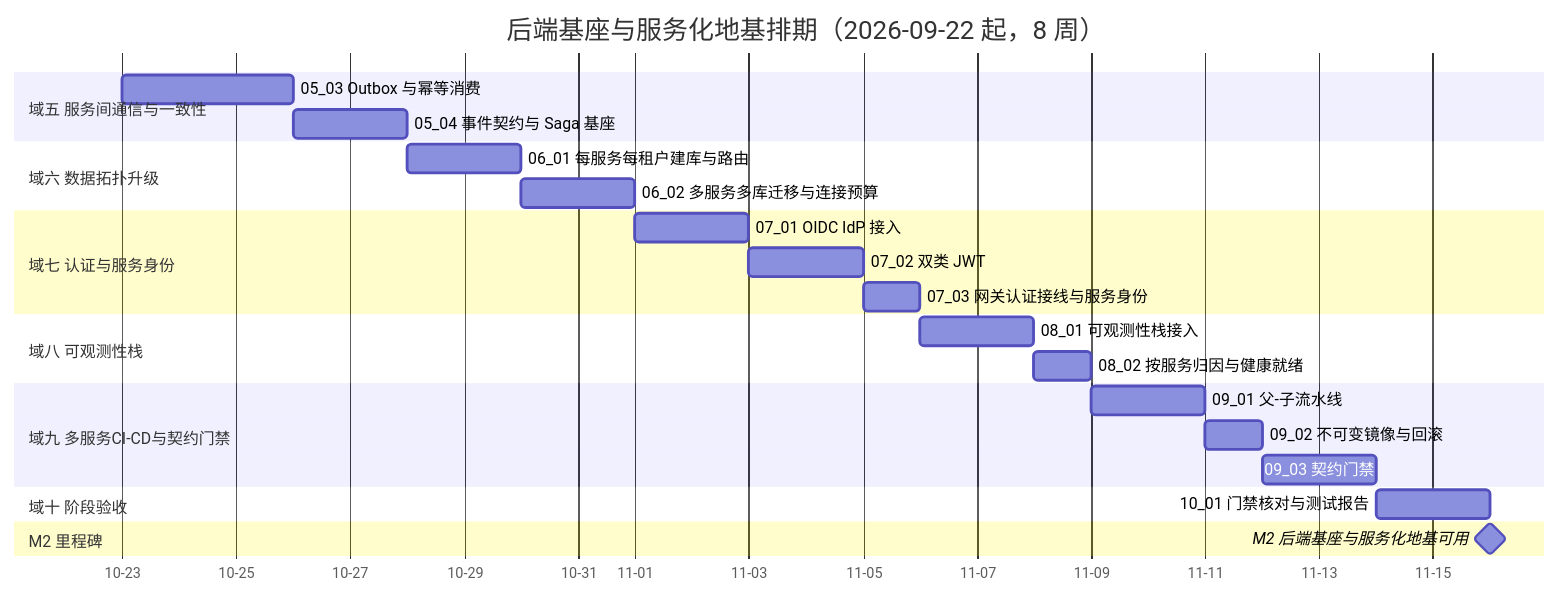
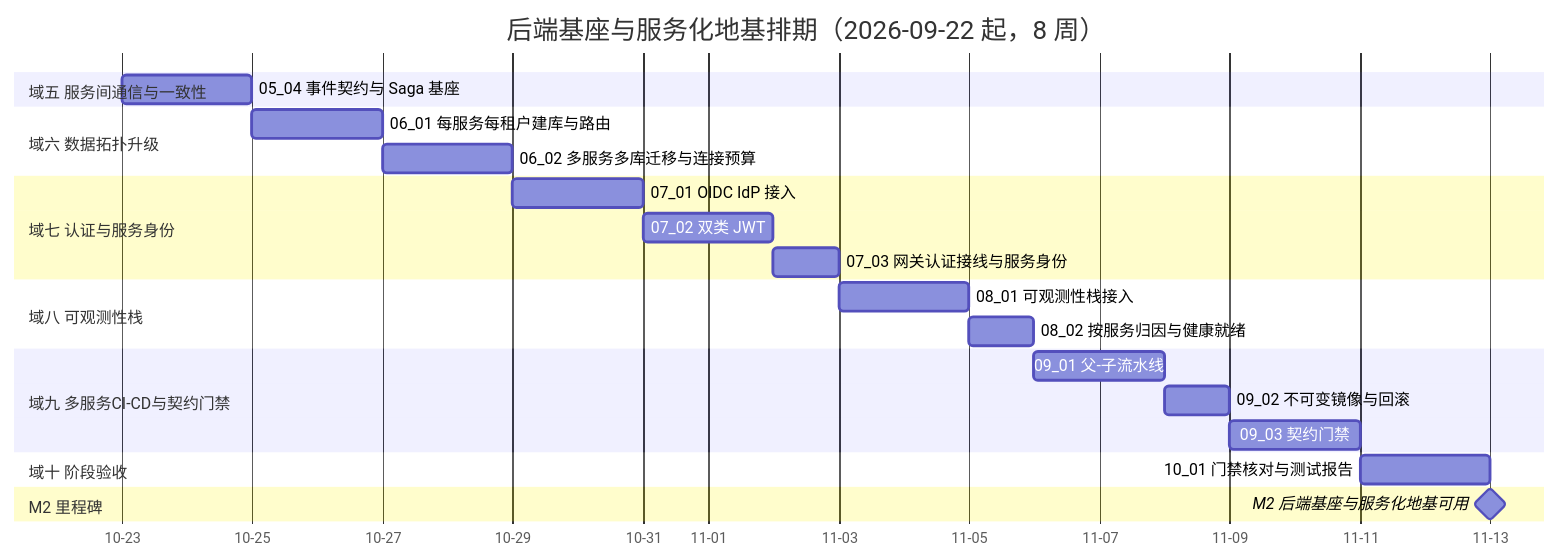
One commit to minjian123/basic-management-system changed the diagram in bms文档/项目/02_后端基座与服务化地基/计划/01_计划_后端基座与服务化地基.md. Above: the diagram before and after it, drawn with Mermaid. The commit also changed other lines of this file and 12 other files, not shown here.

````diff
--- a/bms文档/项目/02_后端基座与服务化地基/计划/01_计划_后端基座与服务化地基.md
+++ b/bms文档/项目/02_后端基座与服务化地基/计划/01_计划_后端基座与服务化地基.md
@@ -57,27 +57,26 @@
 ```mermaid
 gantt
     title 后端基座与服务化地基排期（2026-09-22 起，8 周）
     dateFormat  YYYY-MM-DD
     axisFormat %m-%d
     section 域五 服务间通信与一致性
-    05_03 Outbox 与幂等消费 :a0503, 2026-10-23, 3d
-    05_04 事件契约与 Saga 基座 :a0504, after a0503, 2d
+    05_04 事件契约与 Saga 基座 :a0504, 2026-10-23, 2d
     section 域六 数据拓扑升级
     06_01 每服务每租户建库与路由 :a0601, after a0504, 2d
     06_02 多服务多库迁移与连接预算 :a0602, after a0601, 2d
     section 域七 认证与服务身份
     07_01 OIDC IdP 接入 :a0701, after a0602, 2d
     07_02 双类 JWT :a0702, after a0701, 2d
     07_03 网关认证接线与服务身份 :a0703, after a0702, 1d
     section 域八 可观测性栈
     08_01 可观测性栈接入 :a0801, after a0703, 2d
     08_02 按服务归因与健康就绪 :a0802, after a0801, 1d
     section 域九 多服务CI-CD与契约门禁
     09_01 父-子流水线 :a0901, after a0802, 2d
     09_02 不可变镜像与回滚 :a0902, after a0901, 1d
     09_03 契约门禁 :a0903, after a0902, 2d
     section 域十 阶段验收
     10_01 门禁核对与测试报告 :a1001, after a0903, 2d
     section M2 里程碑
     M2 后端基座与服务化地基可用 :milestone, mm2, after a1001, 0d
 ```
````
